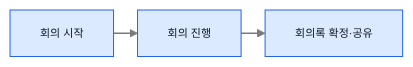
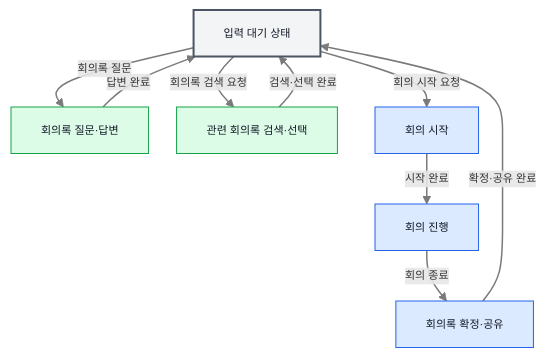
Before and after one commit to ericyum/Obsidian: the first of 10 diagrams in ZENAI/에이전트 설계/회의록 에이전트 설계/1. 회의록 에이전트 워크플로우 graph 정의.md, drawn with Mermaid. The commit also changed other lines of this file and 11 other files, not shown here.

````diff
--- a/ZENAI/에이전트 설계/회의록 에이전트 설계/1. 회의록 에이전트 워크플로우 graph 정의.md
+++ b/ZENAI/에이전트 설계/회의록 에이전트 설계/1. 회의록 에이전트 워크플로우 graph 정의.md
@@ -13,9 +12,25 @@
 ```mermaid
-%%{init: {"flowchart": {"useMaxWidth": true, "nodeSpacing": 20, "rankSpacing": 24, "curve": "linear"}, "themeVariables": {"fontSize": "11px"}}}%%
-flowchart LR
-    A["회의 시작"] --> B["회의 진행"]
-    B --> C["회의록 확정·공유"]
+%%{init: {"flowchart": {"useMaxWidth": true, "nodeSpacing": 28, "rankSpacing": 34, "curve": "basis"}, "themeVariables": {"fontSize": "11px"}}}%%
+flowchart TB
+    I["입력 대기 상태"]
+
+    I -->|"회의록 질문"| Q["회의록 질문·답변"]
+    Q -->|"답변 완료"| I
+
+    I -->|"회의록 검색 요청"| S["관련 회의록 검색·선택"]
+    S -->|"검색·선택 완료"| I
+
+    I -->|"회의 시작 요청"| A["회의 시작"]
+    A -->|"시작 완료"| B["회의 진행"]
+    B -->|"회의 종료"| C["회의록 확정·공유"]
+    C -->|"확정·공유 완료"| I
+
+    classDef idle fill:#f3f4f6,stroke:#4b5563,color:#111827,stroke-width:2px;
     classDef creation fill:#dbeafe,stroke:#2563eb,color:#111827;
+    classDef usage fill:#dcfce7,stroke:#16a34a,color:#111827;
+
+    class I idle;
     class A,B,C creation;
+    class Q,S usage;
     linkStyle default stroke:#7a7a7a,stroke-width:1.5px;
 ```
````
